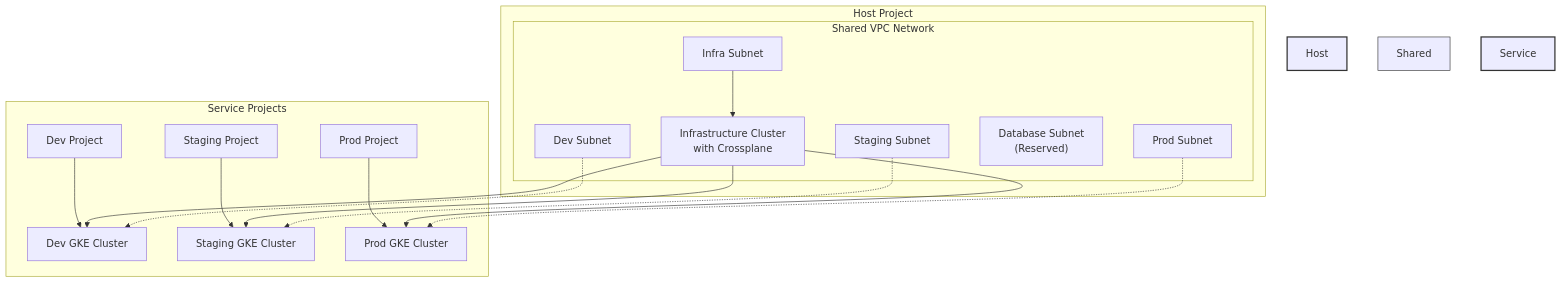
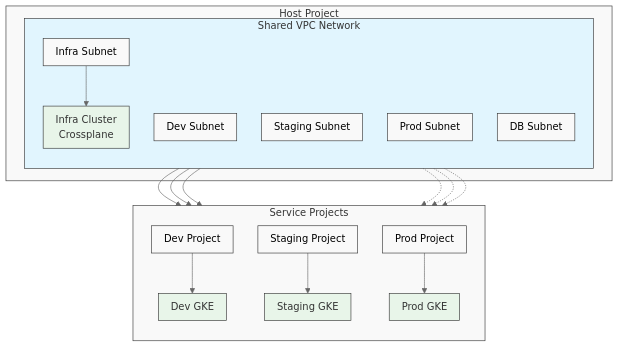
One commit to Mdaftab/infra-Platform-for-B2B changed the first of 2 diagrams in README.md. Above: the diagram before and after it, drawn with Mermaid. The commit also changed other lines of this file, not shown here.

Commit message:
Refactor README diagrams to enhance clarity and visual representation, updating architecture and deployment flow with improved Mermaid syntax and structure.

````diff
--- a/README.md
+++ b/README.md
@@ -18,42 +18,40 @@
 ```mermaid
+%%{init: {'theme': 'neutral', 'flowchart': { 'curve': 'basis', 'nodeSpacing': 40, 'rankSpacing': 40, 'padding': 10 }}}%%
 graph TB
-    subgraph "Host Project"
-        subgraph "Shared VPC Network"
-            InfraSubnet["Infra Subnet"]
-            DevSubnet["Dev Subnet"]
-            StagingSubnet["Staging Subnet"]
-            ProdSubnet["Prod Subnet"]
-            DBSubnet["Database Subnet<br/>(Reserved)"]
+    subgraph HP[Host Project]
+        subgraph VPC[Shared VPC Network]
+            direction TB
+            IS[Infra Subnet]
+            DS[Dev Subnet]
+            SS[Staging Subnet]
+            PS[Prod Subnet]
+            DBS[DB Subnet]
+            IC[Infra Cluster<br>Crossplane]
             
-            InfraCluster["Infrastructure Cluster<br/>with Crossplane"]
-            
-            InfraSubnet --> InfraCluster
+            IS --> IC
         end
     end
     
-    subgraph "Service Projects"
-        DevProject["Dev Project"]
-        StagingProject["Staging Project"]
-        ProdProject["Prod Project"]
-        
-        DevCluster["Dev GKE Cluster"]
-        StagingCluster["Staging GKE Cluster"]
-        ProdCluster["Prod GKE Cluster"]
-        
-        DevProject --> DevCluster
-        StagingProject --> StagingCluster
-        ProdProject --> ProdCluster
+    subgraph SP[Service Projects]
+        direction TB
+        DP[Dev Project] --> DC[Dev GKE]
+        StP[Staging Project] --> SC[Staging GKE]
+        PP[Prod Project] --> PC[Prod GKE]
     end
     
-    InfraCluster --> DevCluster
-    InfraCluster --> StagingCluster
-    InfraCluster --> ProdCluster
+    IC --> DC
+    IC --> SC
+    IC --> PC
     
-    DevSubnet -.-> DevCluster
-    StagingSubnet -.-> StagingCluster
-    ProdSubnet -.-> ProdCluster
+    DS -.-> DC
+    SS -.-> SC
+    PS -.-> PC
     
-    style Host Project fill:#f5f5f5,stroke:#333,stroke-width:2px
-    style Shared VPC Network fill:#e1f5fe,stroke:#333,stroke-width:1px
-    style Service Projects fill:#f5f5f5,stroke:#333,stroke-width:2px
+    classDef default fill:#f9f9f9,stroke:#333,stroke-width:1px;
+    classDef vpc fill:#e1f5fe,stroke:#333,stroke-width:1px;
+    classDef cluster fill:#e8f5e9,stroke:#333,stroke-width:1px;
+    
+    class HP,SP default;
+    class VPC vpc;
+    class IC,DC,SC,PC cluster;
 ```
````
